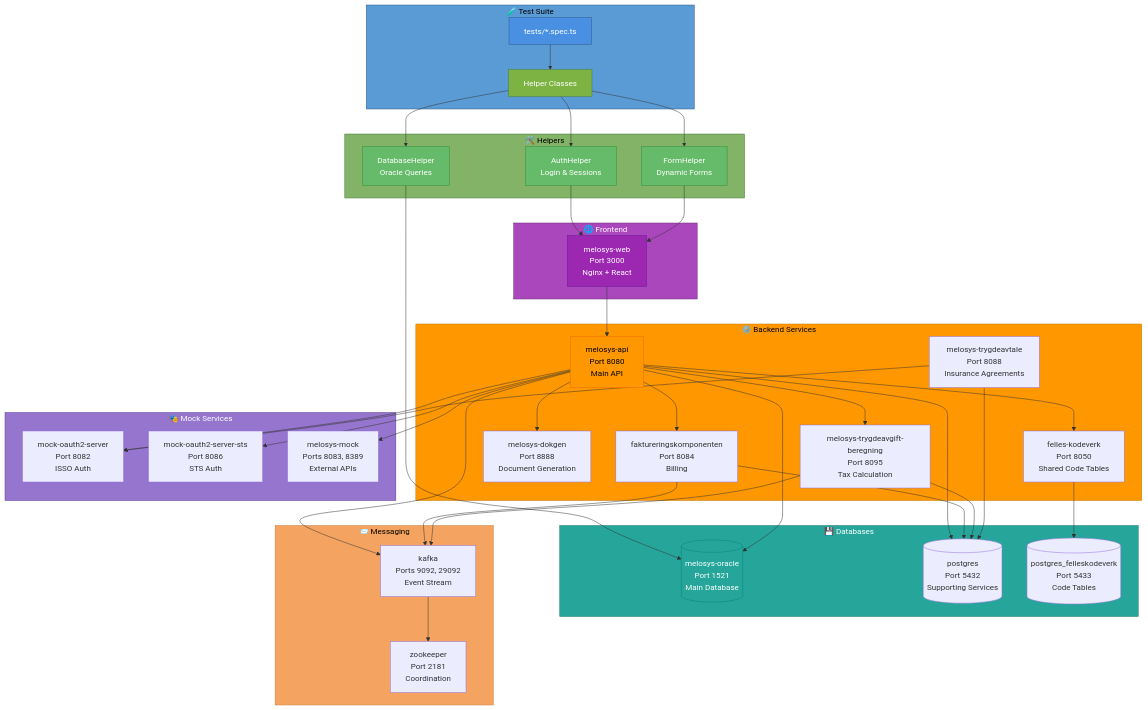
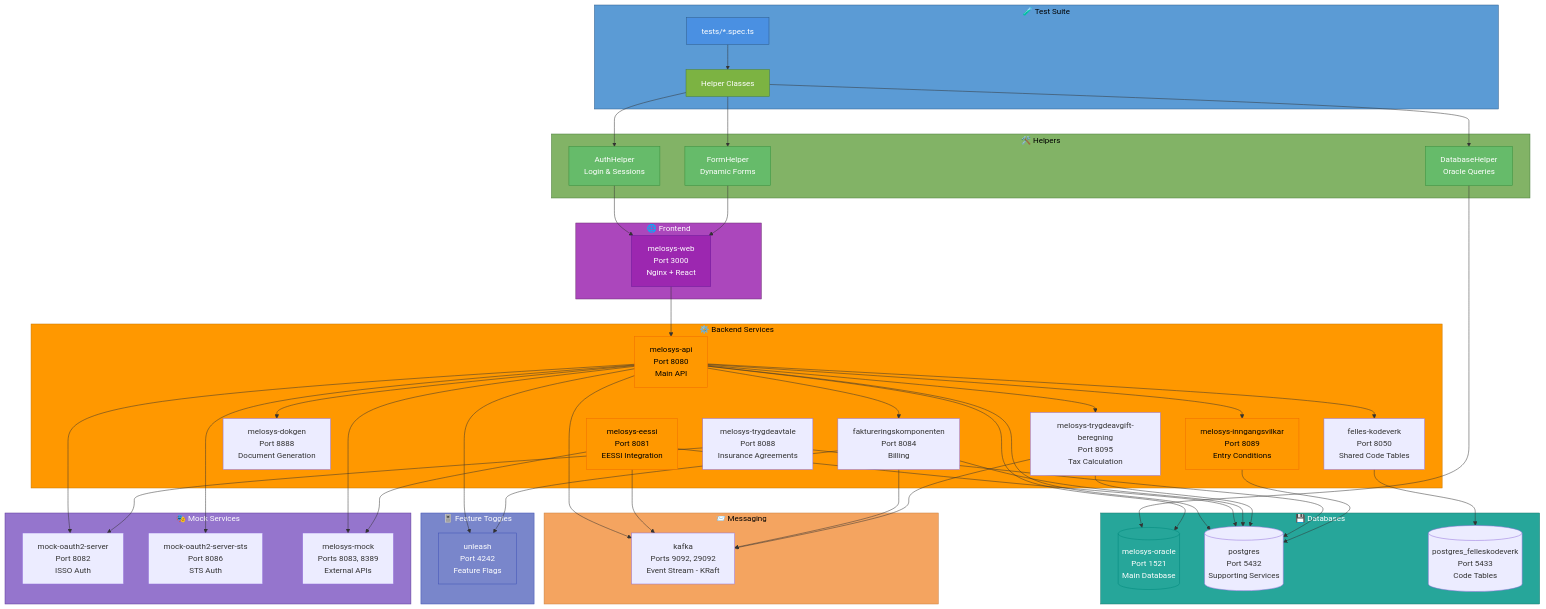
One commit to navikt/melosys-e2e-tests changed the first of 5 diagrams in README.md. Above: the diagram before and after it, drawn with Mermaid. The commit also changed other lines of this file and 1 other file, not shown here.

First line of the commit message:
Update Docker services architecture documentation

````diff
--- a/README.md
+++ b/README.md
@@ -40,10 +40,12 @@
 
     subgraph Backend["⚙️ Backend Services"]
         API[melosys-api<br/>Port 8080<br/>Main API]
+        EESSI[melosys-eessi<br/>Port 8081<br/>EESSI Integration]
         Fakturering[faktureringskomponenten<br/>Port 8084<br/>Billing]
         Dokgen[melosys-dokgen<br/>Port 8888<br/>Document Generation]
         Trygdeavgift[melosys-trygdeavgift-beregning<br/>Port 8095<br/>Tax Calculation]
         Trygdeavtale[melosys-trygdeavtale<br/>Port 8088<br/>Insurance Agreements]
+        Inngangsvilkar[melosys-inngangsvilkar<br/>Port 8089<br/>Entry Conditions]
         FellesKode[felles-kodeverk<br/>Port 8050<br/>Shared Code Tables]
     end
 
@@ -54,8 +56,11 @@
     end
 
     subgraph Messaging["📨 Messaging"]
-        Kafka[kafka<br/>Ports 9092, 29092<br/>Event Stream]
-        Zookeeper[zookeeper<br/>Port 2181<br/>Coordination]
+        Kafka[kafka<br/>Ports 9092, 29092<br/>Event Stream - KRaft]
+    end
+
+    subgraph FeatureToggles["🎚️ Feature Toggles"]
+        Unleash[unleash<br/>Port 4242<br/>Feature Flags]
     end
 
     subgraph MockServices["🎭 Mock Services"]
@@ -80,20 +85,25 @@
     API --> Fakturering
     API --> Dokgen
     API --> Trygdeavgift
+    API --> Inngangsvilkar
     API --> FellesKode
     API --> Mock
     API --> OAuth
     API --> OAuthSTS
+    API --> Unleash
 
+    EESSI --> Postgres
+    EESSI --> Kafka
+    EESSI --> Mock
     Fakturering --> Postgres
     Fakturering --> Kafka
+    Fakturering --> Unleash
     Trygdeavgift --> Postgres
     Trygdeavgift --> Kafka
     Trygdeavtale --> Postgres
     Trygdeavtale --> OAuth
+    Inngangsvilkar --> Postgres
     FellesKode --> PostgresFK
-
-    Kafka --> Zookeeper
 
     style Tests fill:#5B9BD5,stroke:#2E5C8A,color:#000
     style HelperLayer fill:#82B366,stroke:#4A7C3B,color:#000
@@ -101,6 +111,7 @@
     style Backend fill:#FF9800,stroke:#C77700,color:#000
     style Databases fill:#26A69A,stroke:#1A7A6E,color:#fff
     style Messaging fill:#F4A460,stroke:#C97F3E,color:#000
+    style FeatureToggles fill:#7986CB,stroke:#3F51B5,color:#fff
     style MockServices fill:#9575CD,stroke:#5E3A99,color:#fff
 
     style TestFiles fill:#4A90E2,stroke:#2E5C8A,color:#fff
@@ -110,5 +121,8 @@
     style DBHelper fill:#66BB6A,stroke:#388E3C,color:#fff
     style Web fill:#9C27B0,stroke:#6A1B9A,color:#fff
     style API fill:#FF9800,stroke:#EF6C00,color:#000
+    style EESSI fill:#FF9800,stroke:#EF6C00,color:#000
+    style Inngangsvilkar fill:#FF9800,stroke:#EF6C00,color:#000
+    style Unleash fill:#7986CB,stroke:#3F51B5,color:#fff
     style Oracle fill:#26A69A,stroke:#00897B,color:#fff
 ```
````
